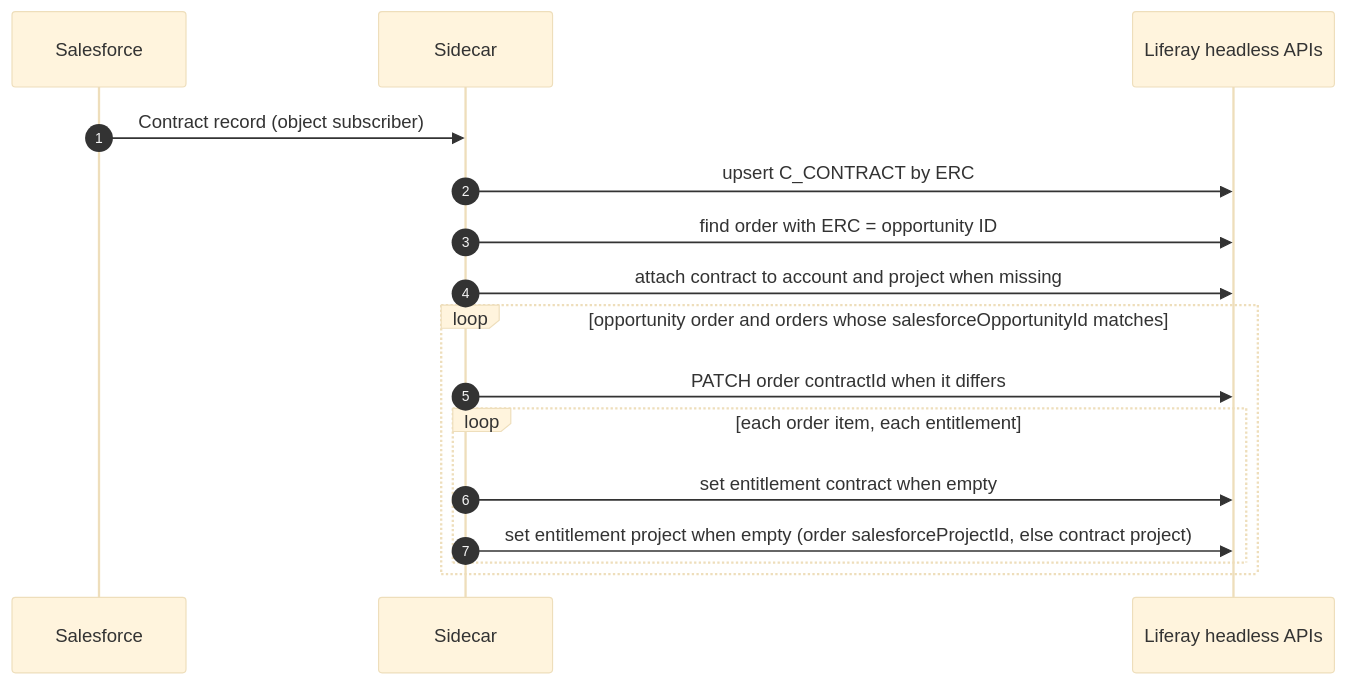
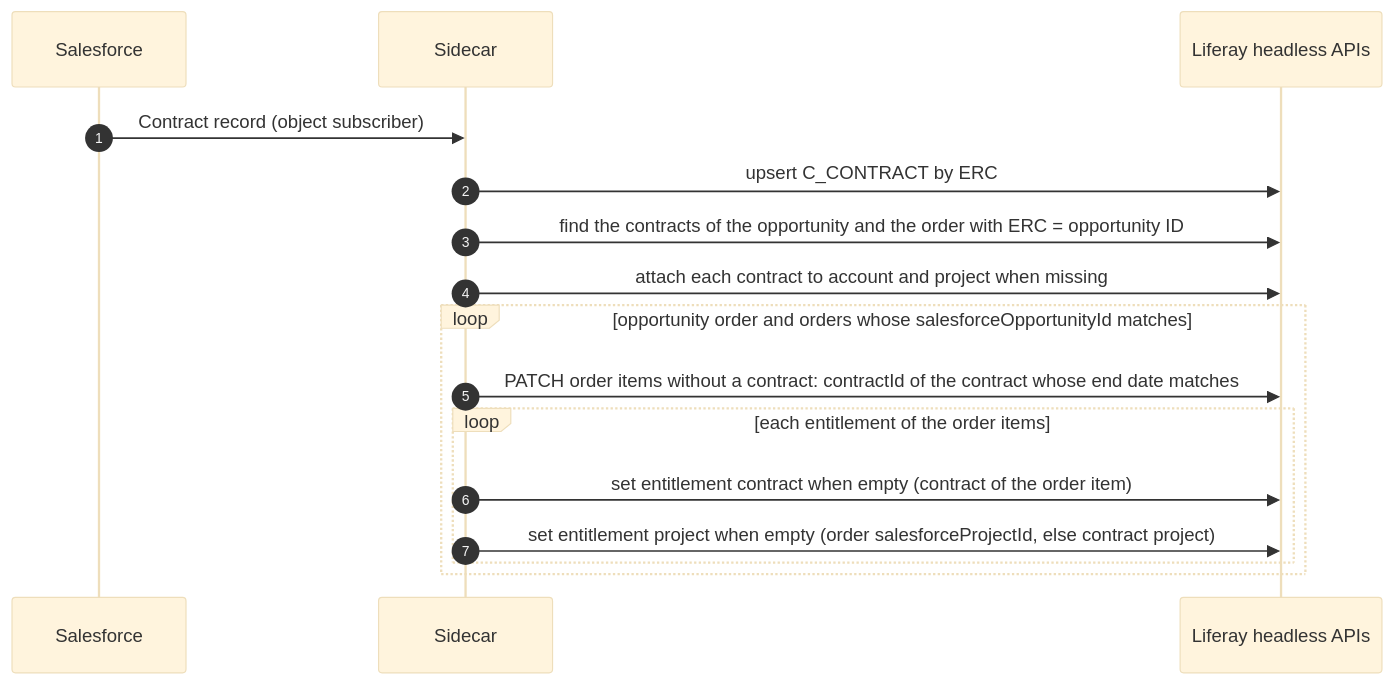
One commit to liferay-one/liferay-portal changed the second of 6 diagrams in workspaces/liferay-one-workspace/specs/technical/order-to-entitlement.md. Above: the diagram before and after it, drawn with Mermaid (base theme). The commit also changed other lines of this file and 24 other files, not shown here.

Commit message:
LPD-113729 Link each order item to the contract whose end date matches

````diff
--- a/workspaces/liferay-one-workspace/specs/technical/order-to-entitlement.md
+++ b/workspaces/liferay-one-workspace/specs/technical/order-to-entitlement.md
@@ -112,19 +115,19 @@
 ```mermaid
 sequenceDiagram
     autonumber
     participant SF as Salesforce
     participant SB as Sidecar
     participant LR as Liferay headless APIs
 
     SF->>SB: Contract record (object subscriber)
     SB->>LR: upsert C_CONTRACT by ERC
-    SB->>LR: find order with ERC = opportunity ID
-    SB->>LR: attach contract to account and project when missing
+    SB->>LR: find the contracts of the opportunity and the order with ERC = opportunity ID
+    SB->>LR: attach each contract to account and project when missing
     loop opportunity order and orders whose salesforceOpportunityId matches
-        SB->>LR: PATCH order contractId when it differs
-        loop each order item, each entitlement
-            SB->>LR: set entitlement contract when empty
+        SB->>LR: PATCH order items without a contract: contractId of the contract whose end date matches
+        loop each entitlement of the order items
+            SB->>LR: set entitlement contract when empty (contract of the order item)
             SB->>LR: set entitlement project when empty (order salesforceProjectId, else contract project)
         end
     end
 ```
````
